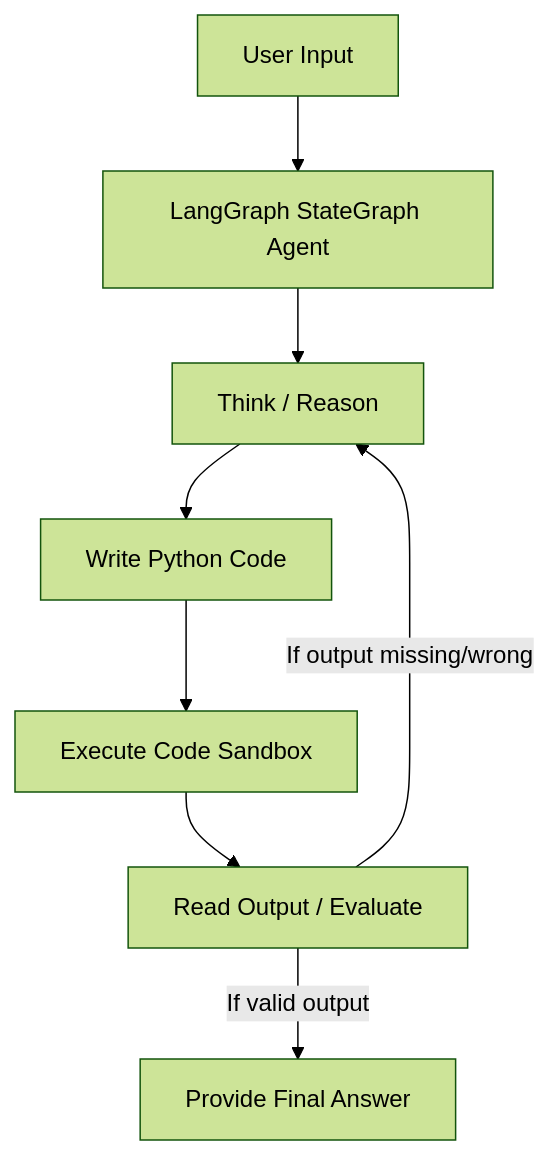
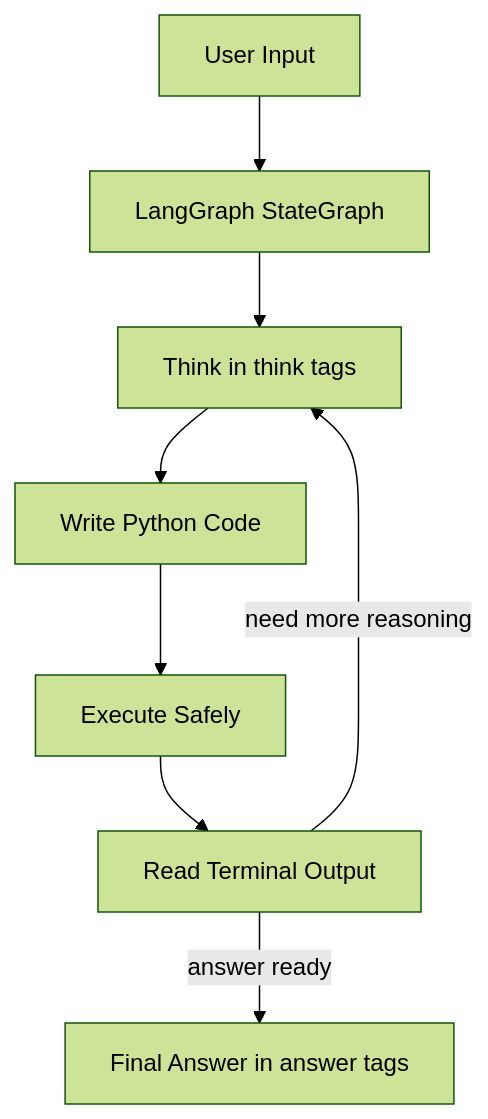
The diagram in README.md (Mpasha17/Reinforcement-Learning-for-LLM-Agentic-Reasoning), drawn with Mermaid (forest theme) before and after one commit. The commit also changed other lines of this file, not shown here.

````diff
--- a/README.md
+++ b/README.md
@@ -20,10 +114,10 @@
 ```mermaid
 graph TD
-    A[User Input] --> B[LangGraph StateGraph Agent]
-    B --> C[Think / Reason]
+    A[User Input] --> B[LangGraph StateGraph]
+    B --> C[Think in think tags]
     C --> D[Write Python Code]
-    D --> E[Execute Code Sandbox]
-    E --> F[Read Output / Evaluate]
-    F --> |If output missing/wrong| C
-    F --> |If valid output| G[Provide Final Answer]
+    D --> E[Execute Safely]
+    E --> F[Read Terminal Output]
+    F --> |need more reasoning| C
+    F --> |answer ready| G[Final Answer in answer tags]
 ```
````
